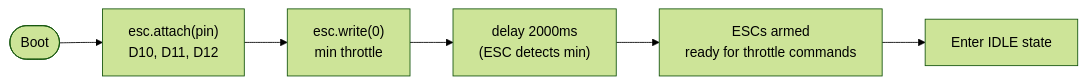
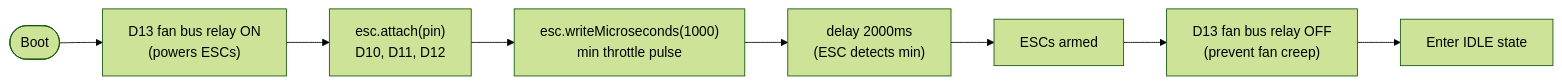
The fourth of 4 diagrams in docs/FLOWCHART.md (qppd/umbrella-dryer-v2), drawn with Mermaid (forest theme) before and after one commit. The commit also changed other lines of this file and 14 other files, not shown here.

````diff
--- a/docs/FLOWCHART.md
+++ b/docs/FLOWCHART.md
@@ -84,8 +84,10 @@
 ```mermaid
 flowchart LR
-    BOOT([Boot]) --> ATTACH["esc.attach(pin)<br/>D10, D11, D12"]
-    ATTACH --> ZERO["esc.write(0)<br/>min throttle"]
+    BOOT([Boot]) --> BUS_ON["D13 fan bus relay ON<br/>(powers ESCs)"]
+    BUS_ON --> ATTACH["esc.attach(pin)<br/>D10, D11, D12"]
+    ATTACH --> ZERO["esc.writeMicroseconds(1000)<br/>min throttle pulse"]
     ZERO --> WAIT["delay 2000ms<br/>(ESC detects min)"]
-    WAIT --> READY["ESCs armed<br/>ready for throttle commands"]
-    READY --> IDLE["Enter IDLE state"]
+    WAIT --> READY["ESCs armed"]
+    READY --> BUS_OFF["D13 fan bus relay OFF<br/>(prevent fan creep)"]
+    BUS_OFF --> IDLE["Enter IDLE state"]
 ```
````
